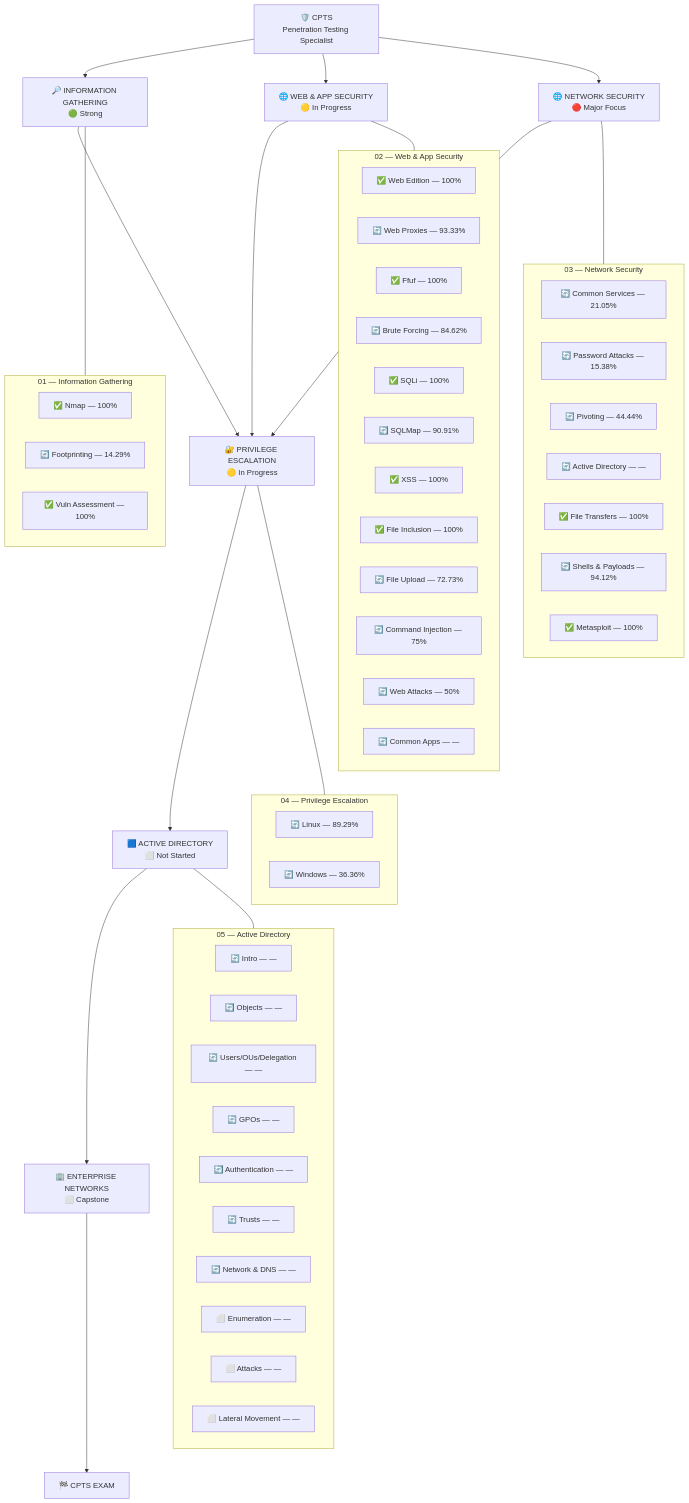
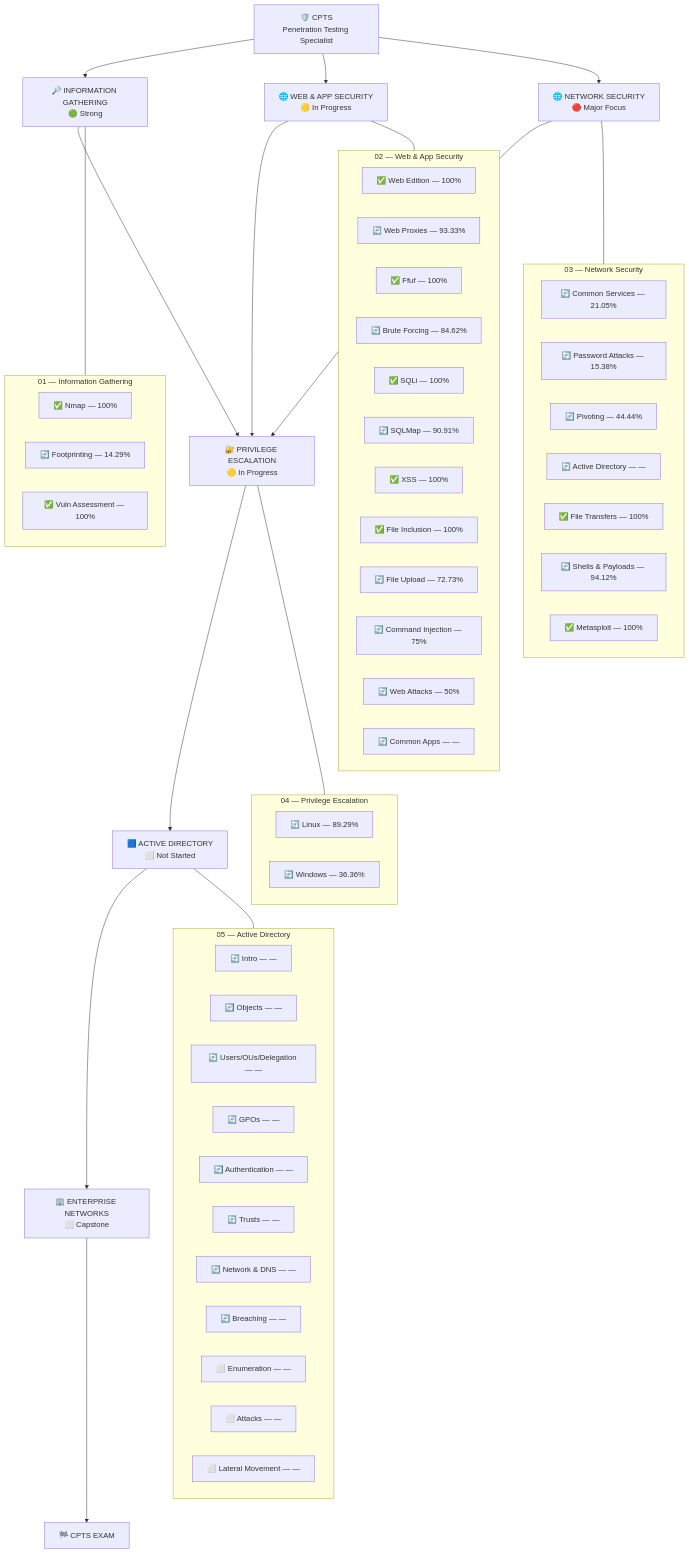
The diagram in README.md (romeo-mhakayakora/CPTS), drawn with Mermaid before and after one commit. The commit also changed other lines of this file and 5 other files, not shown here.

Commit message:
Add breaching-ad folder with AD intro + initial credentials (OSINT/Phishing) notes

```diff
--- a/README.md
+++ b/README.md
@@ -72,6 +72,7 @@
         ADAUTH["🔄 Authentication — —"]
         ADTRUST["🔄 Trusts — —"]
         ADDNS["🔄 Network & DNS — —"]
+        ADBREACH["🔄 Breaching — —"]
         ADENUM["⬜ Enumeration — —"]
         ADATK["⬜ Attacks — —"]
         ADLAT["⬜ Lateral Movement — —"]
@@ -114,6 +115,7 @@
     click ADAUTH href "./05-active-directory/ad-basics/authentication-kerberos-netntlm.md"
     click ADTRUST href "./05-active-directory/ad-basics/trees-forests-trusts.md"
     click ADDNS href "./05-active-directory/ad-basics/network-connection-dns.md"
+    click ADBREACH href "./05-active-directory/breaching-ad/breaching-ad-intro.md"
     click ADENUM href "./05-active-directory/enumeration.md"
     click ADATK href "./05-active-directory/attacks.md"
     click ADLAT href "./05-active-directory/lateral-movement.md"
```
